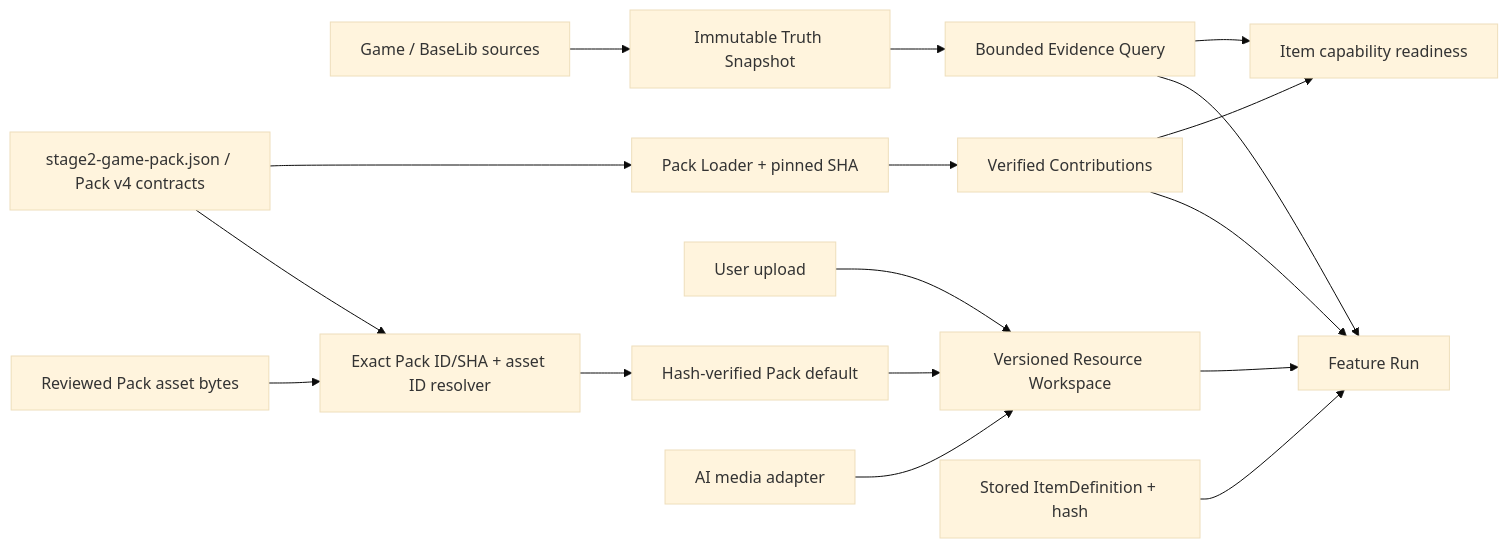
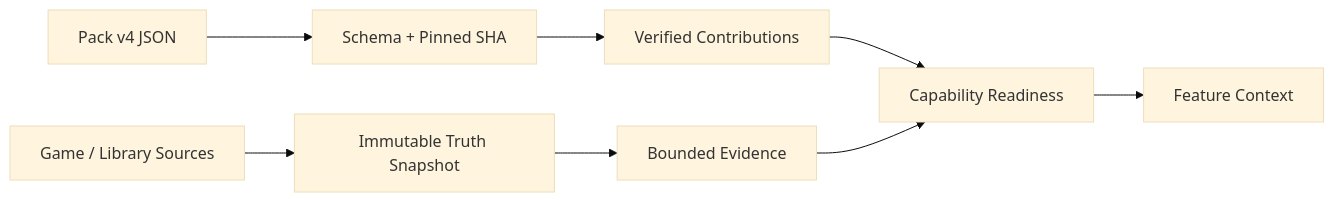
One commit to Frashmeat/AgentForSTS2 changed the second of 2 diagrams in docs/01-总览/项目架构总览.md. Above: the diagram before and after it, drawn with Mermaid (base theme). The commit also changed other lines of this file and 9 other files, not shown here.

Commit message:
docs(stage2): consolidate current architecture guidance

````diff
--- a/docs/01-总览/项目架构总览.md
+++ b/docs/01-总览/项目架构总览.md
@@ -119,19 +171,10 @@
 ```mermaid
 flowchart LR
-    PackFile[stage2-game-pack.json / Pack v4 contracts] --> Loader[Pack Loader + pinned SHA]
-    Loader --> Contributions[Verified Contributions]
-    Source[Game / BaseLib sources] --> Snapshot[Immutable Truth Snapshot]
-    Snapshot --> Evidence[Bounded Evidence Query]
-    Contributions --> Readiness[Item capability readiness]
-    Evidence --> Readiness
-    Upload[User upload] --> Resource[Versioned Resource Workspace]
-    PackAsset[Reviewed Pack asset bytes] --> AssetResolver[Exact Pack ID/SHA + asset ID resolver]
-    PackFile --> AssetResolver
-    AssetResolver --> PackDefault[Hash-verified Pack default]
-    PackDefault --> Resource
-    AI[AI media adapter] --> Resource
-    Contributions --> Feature[Feature Run]
-    Evidence --> Feature
-    Resource --> Feature
-    Item[Stored ItemDefinition + hash] --> Feature
+    PackFile[Pack v4 JSON] --> Loader[Schema + Pinned SHA]
+    Loader --> Contribution[Verified Contributions]
+    Source[Game / Library Sources] --> Snapshot[Immutable Truth Snapshot]
+    Snapshot --> Evidence[Bounded Evidence]
+    Contribution --> Ready[Capability Readiness]
+    Evidence --> Ready
+    Ready --> Feature[Feature Context]
 ```
````
